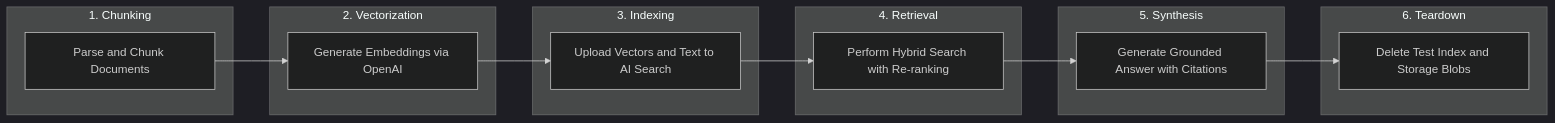
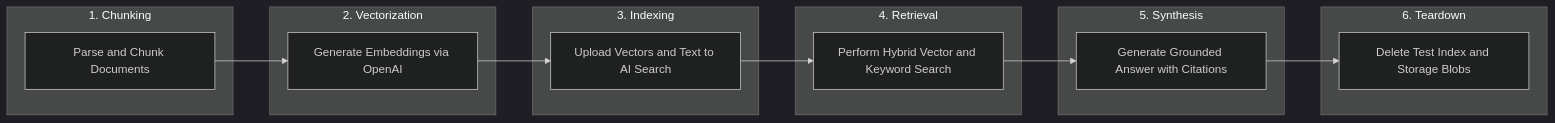
Before and after one commit to habedi/azure-projects: the second of 2 diagrams in projects/04-rag-ai-search/README.md, drawn with Mermaid (dark theme). The commit also changed other lines of this file and 20 other files, not shown here.

````diff
--- a/projects/04-rag-ai-search/README.md
+++ b/projects/04-rag-ai-search/README.md
@@ -51,32 +51,32 @@
 ```mermaid
 flowchart LR
     subgraph Step1["1. Chunking"]
         ChunkDocs["Parse and Chunk Documents"]
     end
 
     subgraph Step2["2. Vectorization"]
         EmbedChunks["Generate Embeddings via OpenAI"]
     end
 
     subgraph Step3["3. Indexing"]
         UploadIndex["Upload Vectors and Text to AI Search"]
     end
 
     subgraph Step4["4. Retrieval"]
-        HybridSearch["Perform Hybrid Search with Re-ranking"]
+        HybridSearch["Perform Hybrid Vector and Keyword Search"]
     end
 
     subgraph Step5["5. Synthesis"]
         GenerateAnswer["Generate Grounded Answer with Citations"]
     end
 
     subgraph Step6["6. Teardown"]
         CleanArtifacts["Delete Test Index and Storage Blobs"]
     end
 
     ChunkDocs --> EmbedChunks
     EmbedChunks --> UploadIndex
     UploadIndex --> HybridSearch
     HybridSearch --> GenerateAnswer
     GenerateAnswer --> CleanArtifacts
 ```
````
